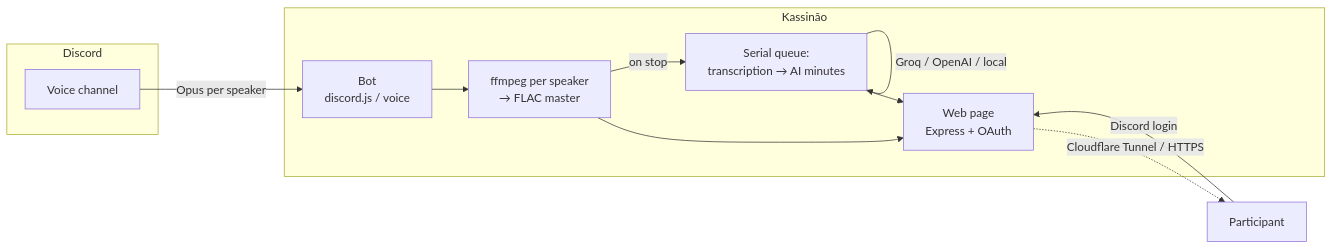
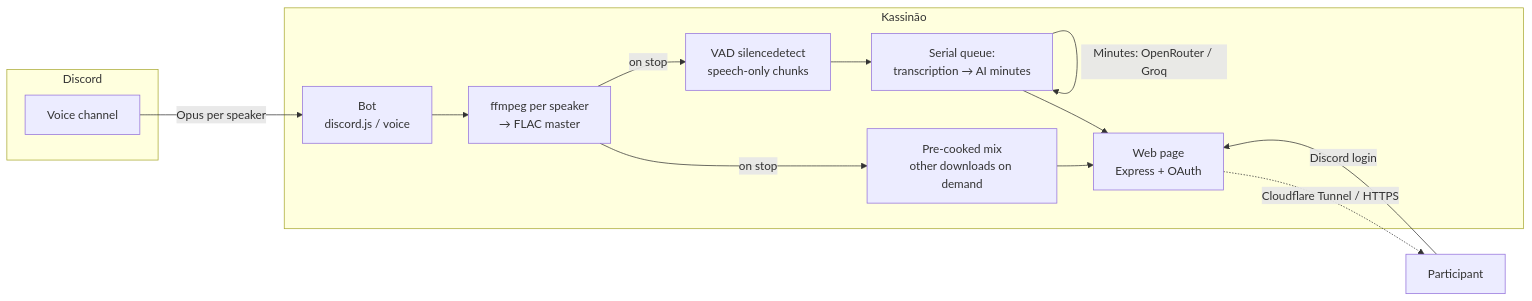
One commit to resolvicomai/kassinao changed the diagram in README.md. Above: the diagram before and after it, drawn with Mermaid. The commit also changed other lines of this file and 17 other files, not shown here.

````diff
--- a/README.md
+++ b/README.md
@@ -183,18 +188,22 @@
 ```mermaid
 flowchart LR
     subgraph Discord
       VC[Voice channel]
     end
     subgraph Kassinão
       BOT[Bot<br/>discord.js / voice]
       FF[ffmpeg per speaker<br/>→ FLAC master]
+      MIX[Pre-cooked mix<br/>other downloads on demand]
+      VAD[VAD silencedetect<br/>speech-only chunks]
       Q[Serial queue:<br/>transcription → AI minutes]
       WEB[Web page<br/>Express + OAuth]
     end
     VC -- Opus per speaker --> BOT --> FF
-    FF -- on stop --> Q
-    Q -- Groq / OpenAI / local --> Q
-    FF & Q --> WEB
+    FF -- on stop --> MIX
+    FF -- on stop --> VAD --> Q
+    Q -- "ASR: AssemblyAI / Groq / OpenAI / Gemini / local" --> Q
+    Q -- "Minutes: OpenRouter / Groq" --> Q
+    MIX & Q --> WEB
     USER[Participant] -- Discord login --> WEB
     WEB -. Cloudflare Tunnel / HTTPS .-> USER
 ```
````
